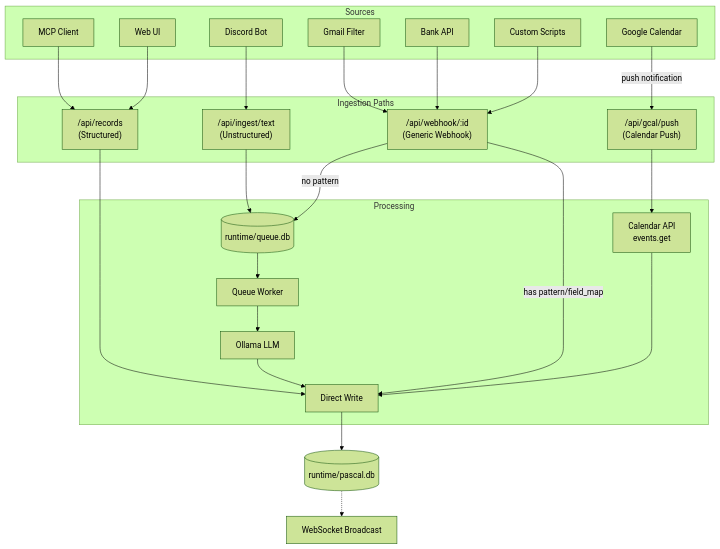
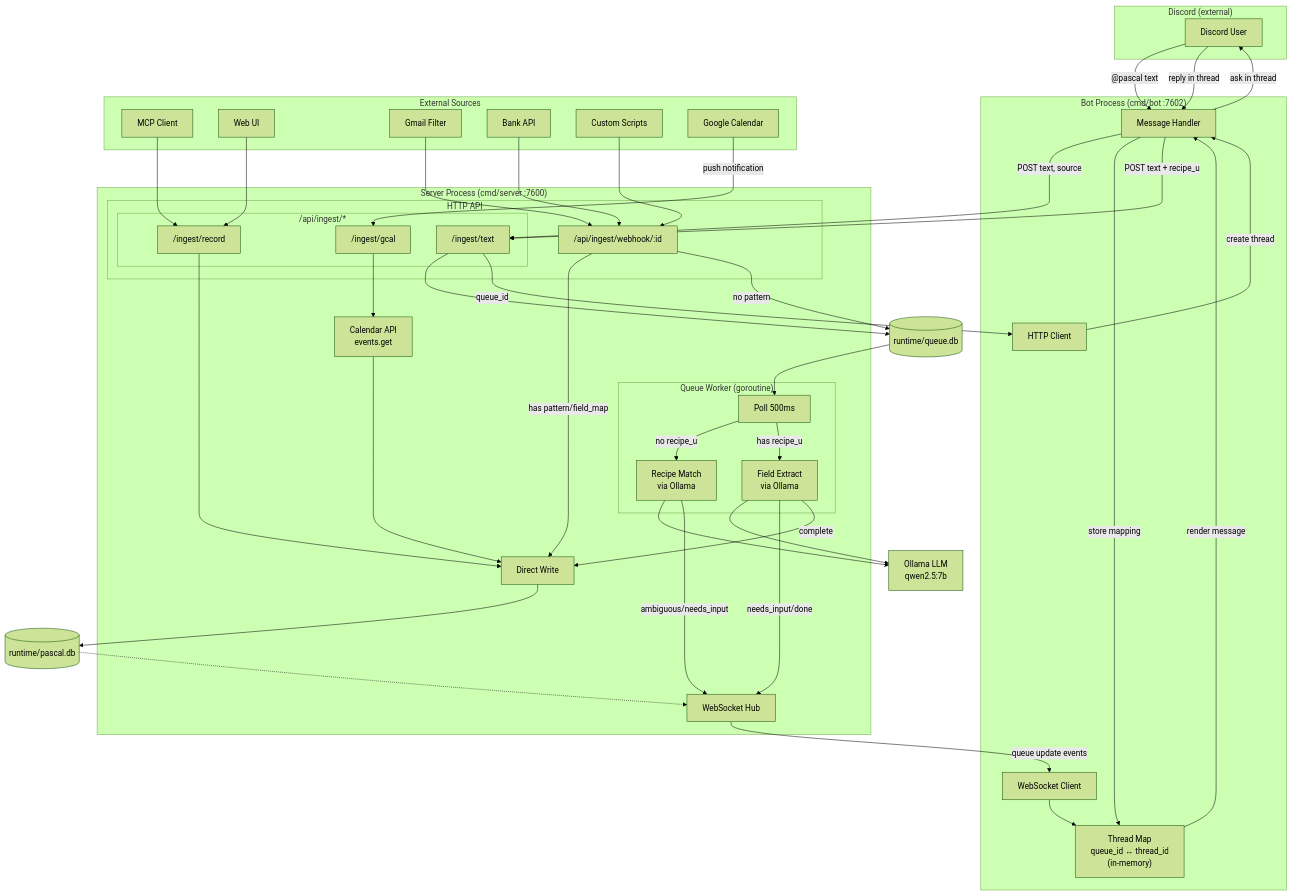
The first of 3 diagrams in ingestion.md (peatiscoding/pascal), drawn with Mermaid (forest theme) before and after one commit. The commit also changed other lines of this file and 14 other files, not shown here.

````diff
--- a/ingestion.md
+++ b/ingestion.md
@@ -7,54 +7,96 @@
 ```mermaid
 flowchart TB
-    subgraph Sources
+    subgraph Discord["Discord (external)"]
+        User[Discord User]
+    end
+
+    subgraph BotProcess["Bot Process (cmd/bot :7602)"]
+        MsgHandler[Message Handler]
+        ThreadMap["Thread Map\nqueue_id ↔ thread_id\n(in-memory)"]
+        WSClient[WebSocket Client]
+        BotHTTP[HTTP Client]
+    end
+
+    subgraph ServerProcess["Server Process (cmd/server :7600)"]
+        subgraph API["HTTP API"]
+            subgraph Ingest["/api/ingest/*"]
+                IngestRecord["/ingest/record"]
+                IngestText["/ingest/text"]
+                IngestGCal["/ingest/gcal"]
+            end
+            WebhookAPI["/api/ingest/webhook/:id"]
+        end
+
+        subgraph Worker["Queue Worker (goroutine)"]
+            Poll[Poll 500ms]
+            RecipeMatch[Recipe Match\nvia Ollama]
+            FieldExtract[Field Extract\nvia Ollama]
+        end
+
+        DirectWrite[Direct Write]
+        CalFetch[Calendar API\nevents.get]
+        WSHub[WebSocket Hub]
+    end
+
+    subgraph External["External Sources"]
         MCP[MCP Client]
         WebUI[Web UI]
-        Bot[Discord Bot]
         Gmail[Gmail Filter]
         Bank[Bank API]
         Scripts[Custom Scripts]
         GCal[Google Calendar]
     end
 
-    subgraph Ingestion["Ingestion Paths"]
-        Structured["/api/records\n(Structured)"]
-        Webhook["/api/webhook/:id\n(Generic Webhook)"]
-        GCalPush["/api/gcal/push\n(Calendar Push)"]
-        Ingest["/api/ingest/text\n(Unstructured)"]
-    end
+    Ollama[Ollama LLM\nqwen2.5:7b]
+    QueueDB[(runtime/queue.db)]
+    PascalDB[(runtime/pascal.db)]
 
-    subgraph Processing
-        Direct[Direct Write]
-        Queue[(runtime/queue.db)]
-        Worker[Queue Worker]
-        Ollama[Ollama LLM]
-        CalAPI[Calendar API\nevents.get]
-    end
+    %% Discord Bot → Queue → Worker flow
+    User -->|"@pascal text"| MsgHandler
+    MsgHandler -->|POST text, source| IngestText
+    IngestText --> QueueDB
+    IngestText -->|queue_id| BotHTTP
+    BotHTTP -->|create thread| MsgHandler
+    MsgHandler -->|store mapping| ThreadMap
 
-    PascalDB[(runtime/pascal.db)]
-    WSHub[WebSocket Broadcast]
+    QueueDB --> Poll
+    Poll -->|no recipe_u| RecipeMatch
+    RecipeMatch --> Ollama
+    Poll -->|has recipe_u| FieldExtract
+    FieldExtract --> Ollama
 
-    MCP --> Structured
-    WebUI --> Structured
-    Structured --> Direct
+    %% Worker push updates via WebSocket
+    RecipeMatch -->|"ambiguous/needs_input"| WSHub
+    FieldExtract -->|"needs_input/done"| WSHub
+    FieldExtract -->|complete| DirectWrite
 
-    Gmail --> Webhook
-    Bank --> Webhook
-    Scripts --> Webhook
-    Webhook -->|has pattern/field_map| Direct
-    Webhook -->|no pattern| Queue
+    WSHub -->|queue update events| WSClient
+    WSClient --> ThreadMap
+    ThreadMap -->|render message| MsgHandler
+    MsgHandler -->|ask in thread| User
 
-    Bot --> Ingest
-    Ingest --> Queue
+    %% User reply → re-queue with recipe_u
+    User -->|reply in thread| MsgHandler
+    MsgHandler -->|POST text + recipe_u| IngestText
 
-    GCal -->|push notification| GCalPush
-    GCalPush --> CalAPI
-    CalAPI --> Direct
+    %% Structured sources (bypass queue)
+    MCP --> IngestRecord
+    WebUI --> IngestRecord
+    IngestRecord --> DirectWrite
 
-    Queue --> Worker
-    Worker --> Ollama
-    Ollama --> Direct
+    %% Webhook sources
+    Gmail --> WebhookAPI
+    Bank --> WebhookAPI
+    Scripts --> WebhookAPI
+    WebhookAPI -->|has pattern/field_map| DirectWrite
+    WebhookAPI -->|no pattern| QueueDB
 
-    Direct --> PascalDB
+    %% Google Calendar
+    GCal -->|push notification| IngestGCal
+    IngestGCal --> CalFetch
+    CalFetch --> DirectWrite
+
+    %% Write path
+    DirectWrite --> PascalDB
     PascalDB -.-> WSHub
 ```
````
